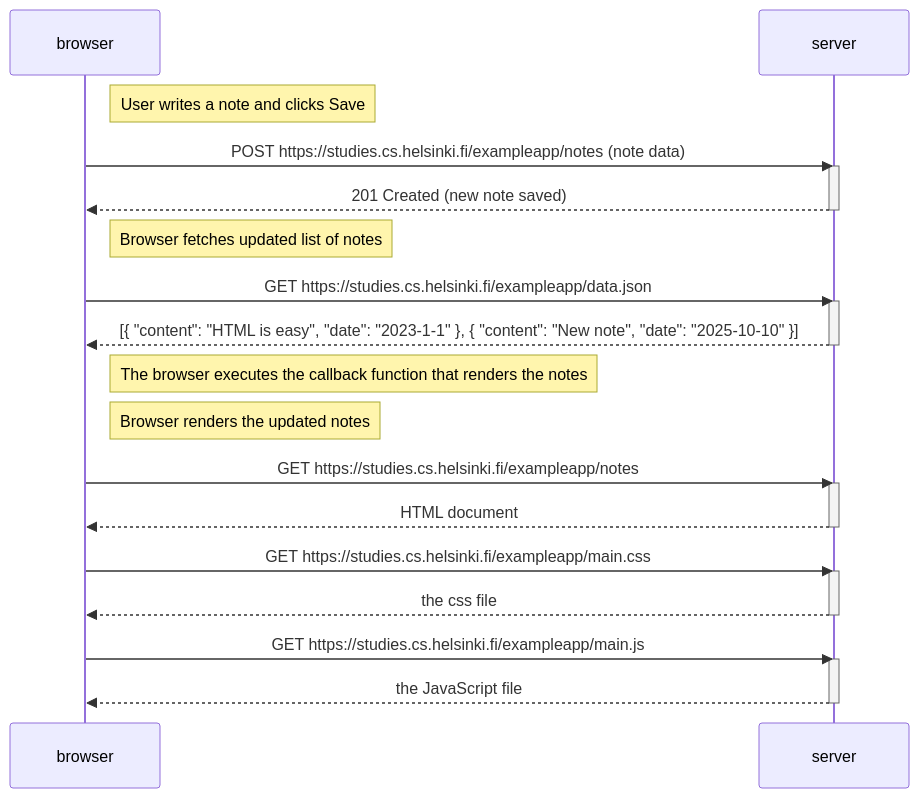
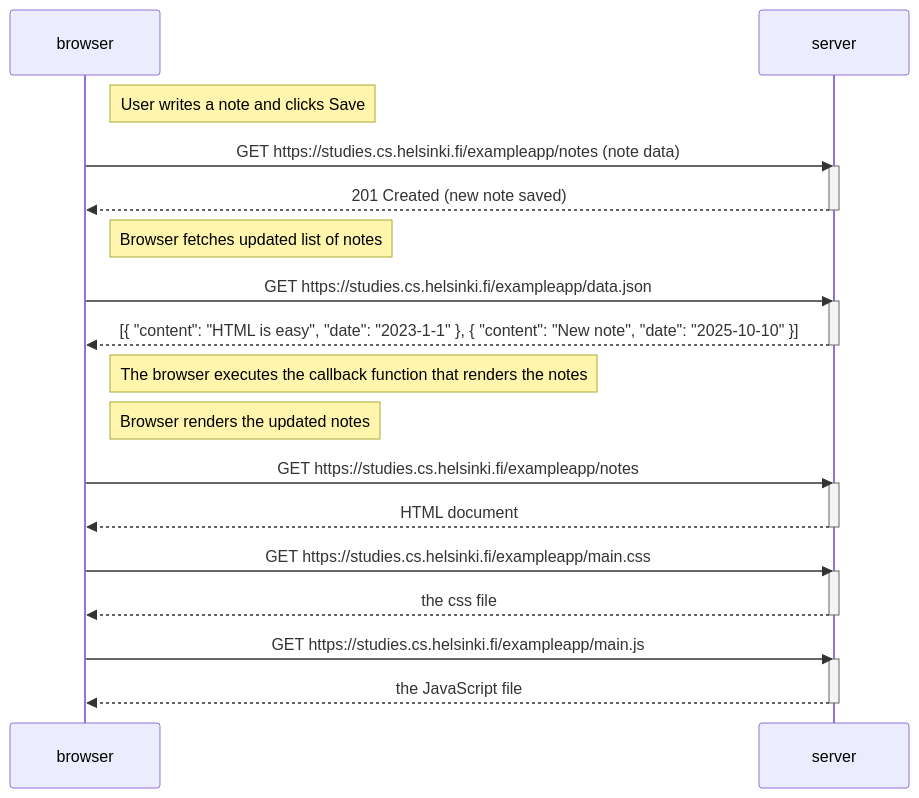
One commit to Sk0vby/part0stacj changed the diagram in 0.4.md. Above: the diagram before and after it, drawn with Mermaid.

````diff
--- a/0.4.md
+++ b/0.4.md
@@ -1,38 +1,38 @@
 ```mermaid
 sequenceDiagram
     participant browser
     participant server
 
     Note right of browser: User writes a note and clicks Save
 
-    browser->>server: POST https://studies.cs.helsinki.fi/exampleapp/notes (note data)
+    browser->>server: GET https://studies.cs.helsinki.fi/exampleapp/notes (note data)
     activate server
     server-->>browser: 201 Created (new note saved)
     deactivate server
 
     Note right of browser: Browser fetches updated list of notes
 
     browser->>server: GET https://studies.cs.helsinki.fi/exampleapp/data.json
     activate server
     server-->>browser: [{ "content": "HTML is easy", "date": "2023-1-1" }, { "content": "New note", "date": "2025-10-10" }]
     deactivate server
 
     Note right of browser: The browser executes the callback function that renders the notes
     Note right of browser: Browser renders the updated notes
 
     %% (Opcjonalnie: pobranie strony i zasobów — jeśli chcesz, mogę przywrócić te żądania na początek)
     browser->>server: GET https://studies.cs.helsinki.fi/exampleapp/notes
     activate server
     server-->>browser: HTML document
     deactivate server
 
     browser->>server: GET https://studies.cs.helsinki.fi/exampleapp/main.css
     activate server
     server-->>browser: the css file
     deactivate server
 
     browser->>server: GET https://studies.cs.helsinki.fi/exampleapp/main.js
     activate server
     server-->>browser: the JavaScript file
     deactivate server
 ```
````
